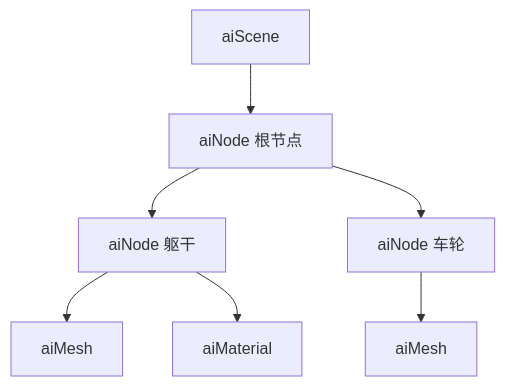
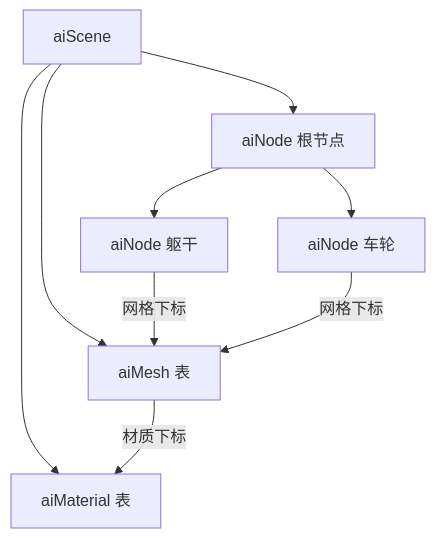
The first of 2 diagrams in topics/计算机图形学/Assimp导入.md (hicancan/njupt-knowledge), drawn with Mermaid before and after one commit. The commit also changed other lines of this file and 9 other files, not shown here.

````diff
--- a/topics/计算机图形学/Assimp导入.md
+++ b/topics/计算机图形学/Assimp导入.md
@@ -14,9 +14,11 @@
 ```mermaid
 flowchart TD
     S["aiScene"] --> R["aiNode 根节点"]
     R --> A["aiNode 躯干"]
     R --> B["aiNode 车轮"]
-    A --> M["aiMesh"]
-    A --> T["aiMaterial"]
-    B --> M2["aiMesh"]
+    S --> M["aiMesh 表"]
+    S --> T["aiMaterial 表"]
+    A -->|网格下标| M
+    B -->|网格下标| M
+    M -->|材质下标| T
 ```
````
